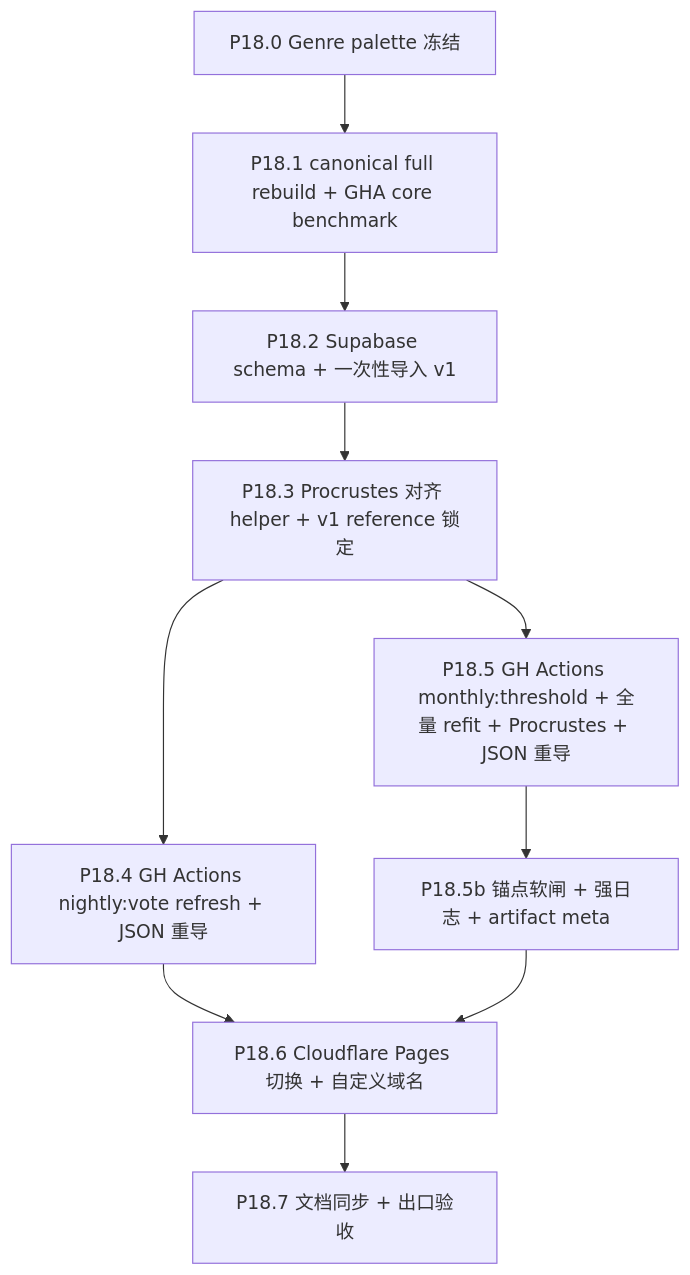
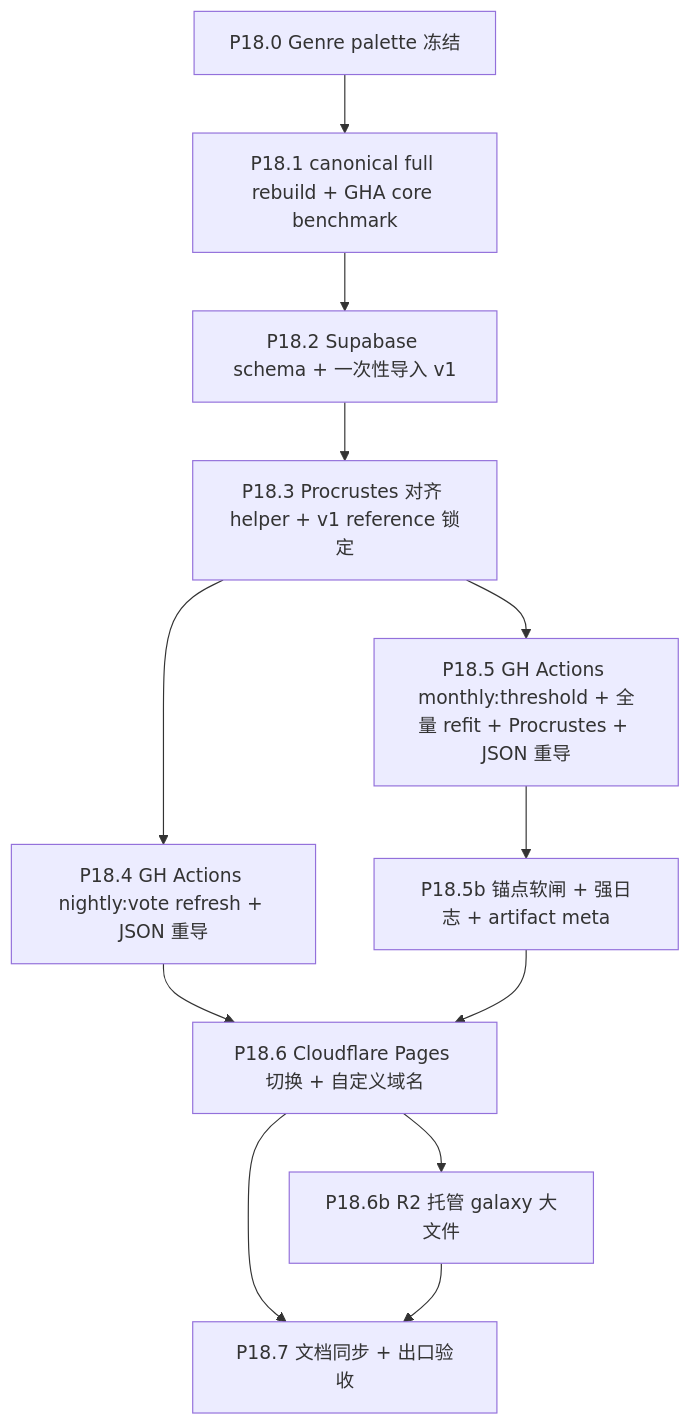
One commit to XYBuilds/chronicle_v3_3d_galaxy changed the second of 2 diagrams in .cursor/plans/phase_18_data_infrastructure_9ccb7a3f.plan.md. Above: the diagram before and after it, drawn with Mermaid. The commit also changed other lines of this file and 7 other files, not shown here.

````diff
--- a/.cursor/plans/phase_18_data_infrastructure_9ccb7a3f.plan.md
+++ b/.cursor/plans/phase_18_data_infrastructure_9ccb7a3f.plan.md
@@ -107,22 +111,25 @@
 ```mermaid
 flowchart TD
     P180[P18.0 Genre palette 冻结]
     P181["P18.1 canonical full rebuild + GHA core benchmark"]
     P182[P18.2 Supabase schema + 一次性导入 v1]
     P183[P18.3 Procrustes 对齐 helper + v1 reference 锁定]
     P184[P18.4 GH Actions nightly:vote refresh + JSON 重导]
     P185[P18.5 GH Actions monthly:threshold + 全量 refit + Procrustes + JSON 重导]
     P185b[P18.5b 锚点软闸 + 强日志 + artifact meta]
     P186[P18.6 Cloudflare Pages 切换 + 自定义域名]
+    P186b[P18.6b R2 托管 galaxy 大文件]
     P187[P18.7 文档同步 + 出口验收]
 
     P180 --> P181
     P181 --> P182
     P182 --> P183
     P183 --> P184
     P183 --> P185
     P185 --> P185b
     P184 --> P186
     P185b --> P186
+    P186 --> P186b
     P186 --> P187
+    P186b --> P187
 ```
````
